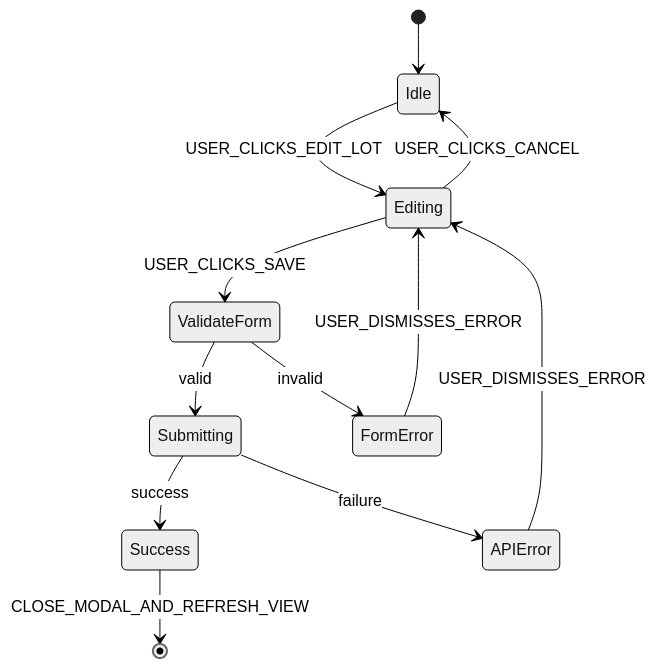
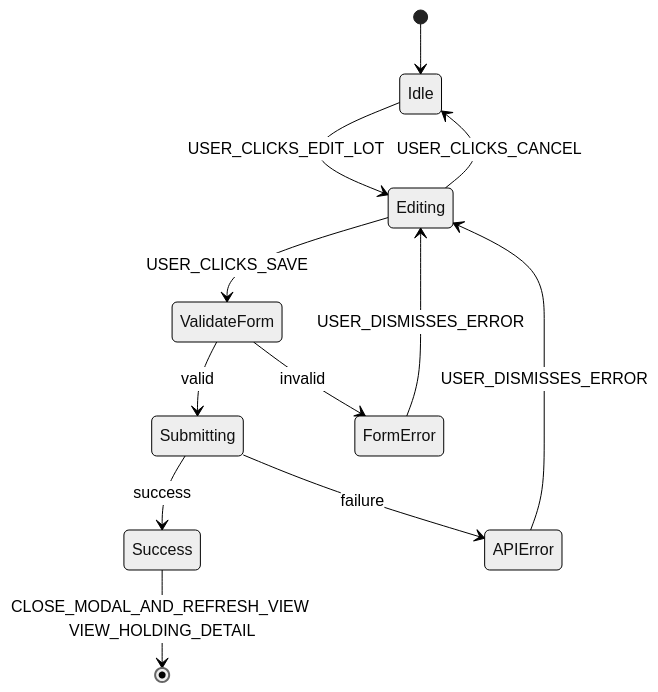
Before and after one commit to enzhao/Sentinel: diagram 15 of 16 in docs/ui_flow_diagrams.md, drawn with Mermaid (neutral theme). The commit also changed other lines of this file and 4 other files, not shown here.

First line of the commit message:
docs(spec): clarify and rename UI flow definitions

````diff
--- a/docs/ui_flow_diagrams.md
+++ b/docs/ui_flow_diagrams.md
@@ -293,14 +312,15 @@
 ```mermaid
 stateDiagram-v2
+    state "Idle" as Idle
     [*] --> Idle
     Idle --> Editing : USER_CLICKS_EDIT_LOT
     Editing --> ValidateForm : USER_CLICKS_SAVE
     Editing --> Idle : USER_CLICKS_CANCEL
     ValidateForm --> Submitting : valid
     ValidateForm --> FormError : invalid
     Submitting --> Success : success
     Submitting --> APIError : failure
-    Success --> [*] : CLOSE_MODAL_AND_REFRESH_VIEW
+    Success --> [*] : CLOSE_MODAL_AND_REFRESH_VIEW VIEW_HOLDING_DETAIL
     FormError --> Editing : USER_DISMISSES_ERROR
     APIError --> Editing : USER_DISMISSES_ERROR
 ```
````
